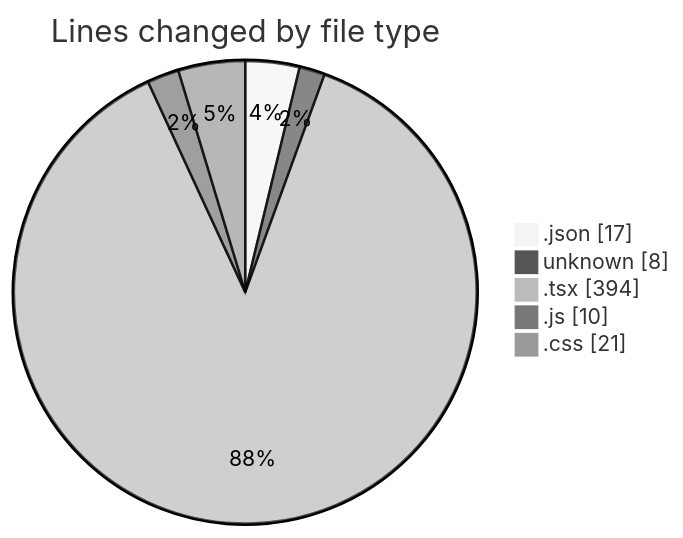
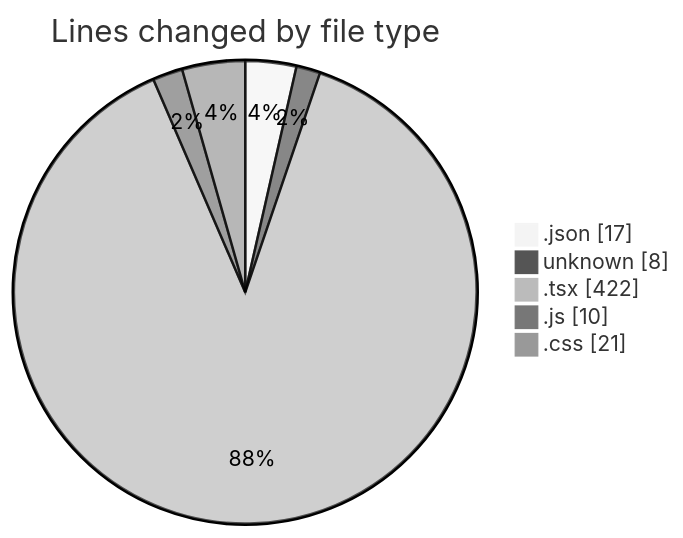
Before and after one commit to Elitesun/code-tracking: the first of 2 diagrams in 2025-05-02/niten/README.md, drawn with Mermaid (neutral theme). The commit also changed other lines of this file and 1 other file, not shown here.

````diff
--- a/2025-05-02/niten/README.md
+++ b/2025-05-02/niten/README.md
@@ -29,9 +29,9 @@
 ```mermaid
 pie showData
 title Lines changed by file type
 ".json" : 17
 "unknown" : 8
-".tsx" : 394
+".tsx" : 422
 ".js" : 10
 ".css" : 21
 ```
````
